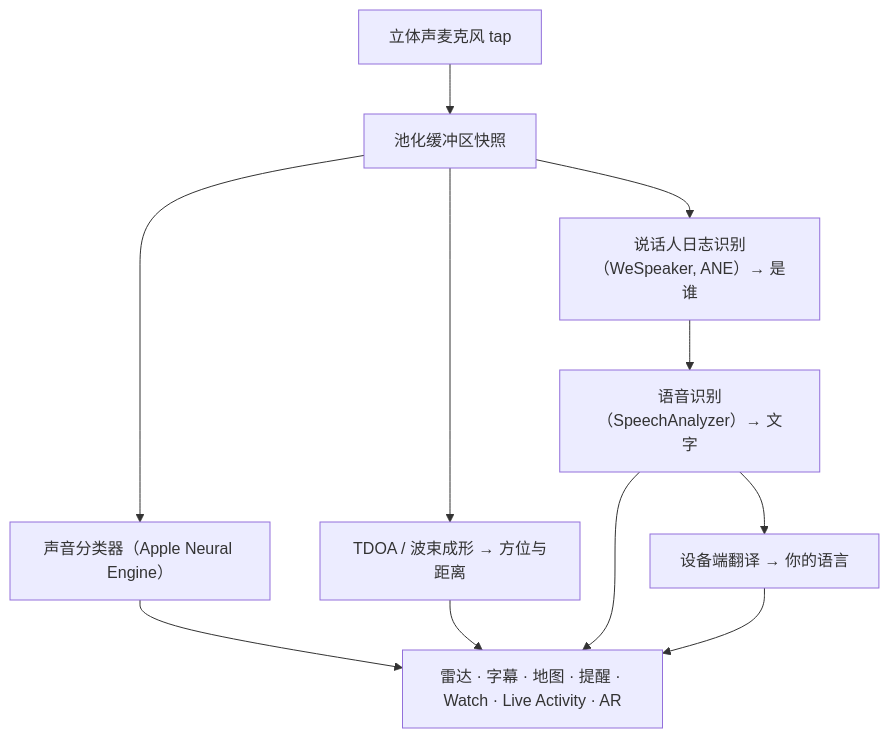
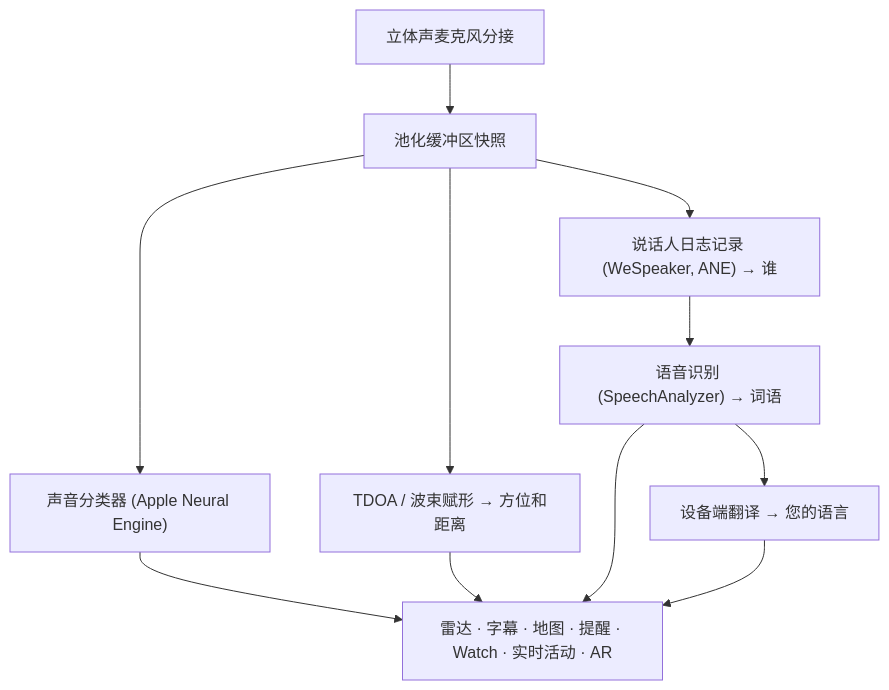
Before and after one commit to rpalm01-star/VigilantEarLegal: the diagram in README_zh-Hans.md, drawn with Mermaid. The commit also changed other lines of this file and 31 other files, not shown here.

````diff
--- a/README_zh-Hans.md
+++ b/README_zh-Hans.md
@@ -93,10 +93,10 @@
 ```mermaid
 graph TD
-    A["立体声麦克风 tap"] --> B["池化缓冲区快照"]
-    B --> C["声音分类器（Apple Neural Engine）"]
-    B --> D["TDOA / 波束成形 → 方位与距离"]
-    B --> E["说话人日志识别（WeSpeaker, ANE）→ 是谁"]
-    E --> F["语音识别（SpeechAnalyzer）→ 文字"]
-    F --> G["设备端翻译 → 你的语言"]
-    C & D & F & G --> H["雷达 · 字幕 · 地图 · 提醒 · Watch · Live Activity · AR"]
+    A["立体声麦克风分接"] --> B["池化缓冲区快照"]
+    B --> C["声音分类器 (Apple Neural Engine)"]
+    B --> D["TDOA / 波束赋形 → 方位和距离"]
+    B --> E["说话人日志记录 (WeSpeaker, ANE) → 谁"]
+    E --> F["语音识别 (SpeechAnalyzer) → 词语"]
+    F --> G["设备端翻译 → 您的语言"]
+    C & D & F & G --> H["雷达 · 字幕 · 地图 · 提醒 · Watch · 实时活动 · AR"]
 ```
````
